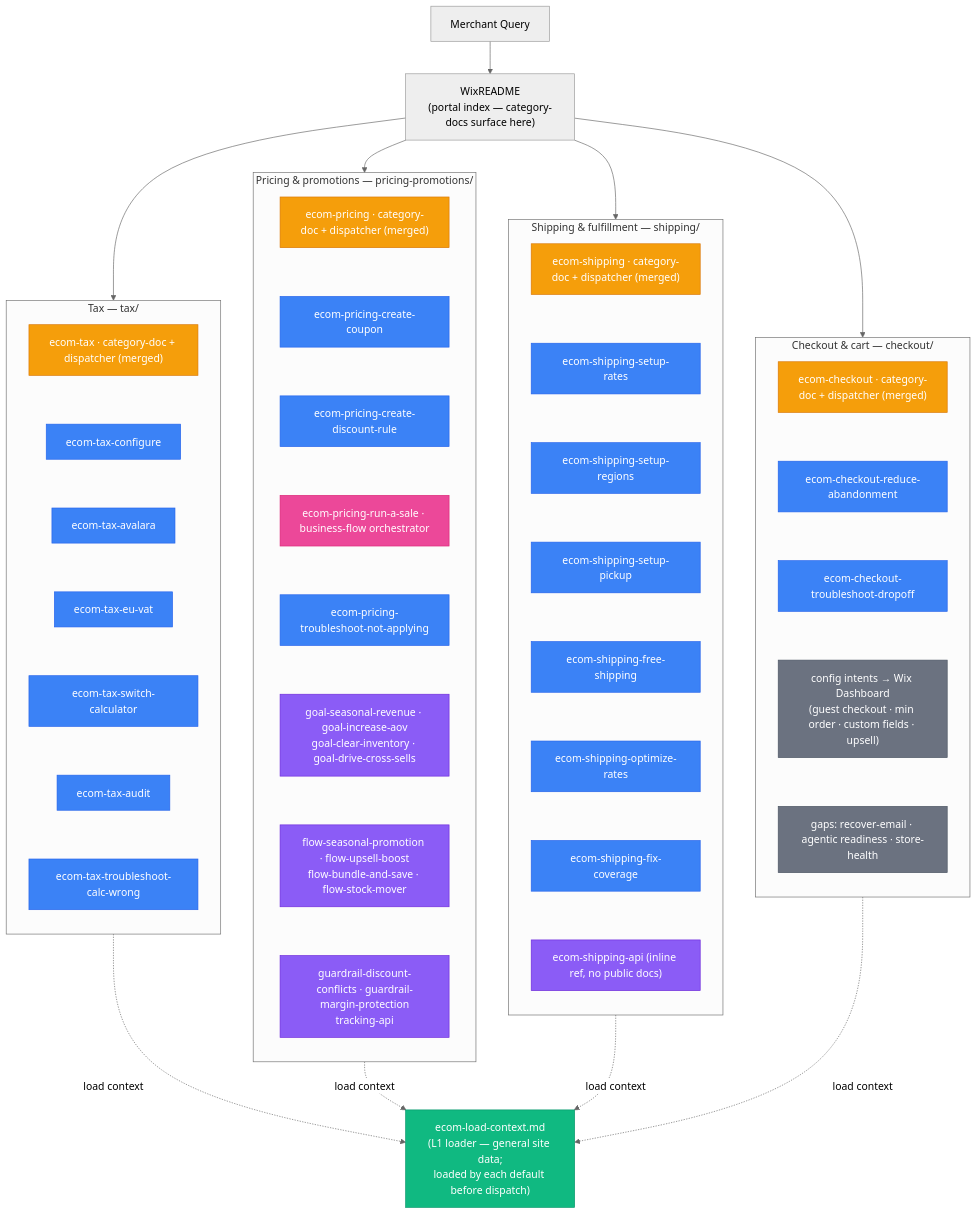
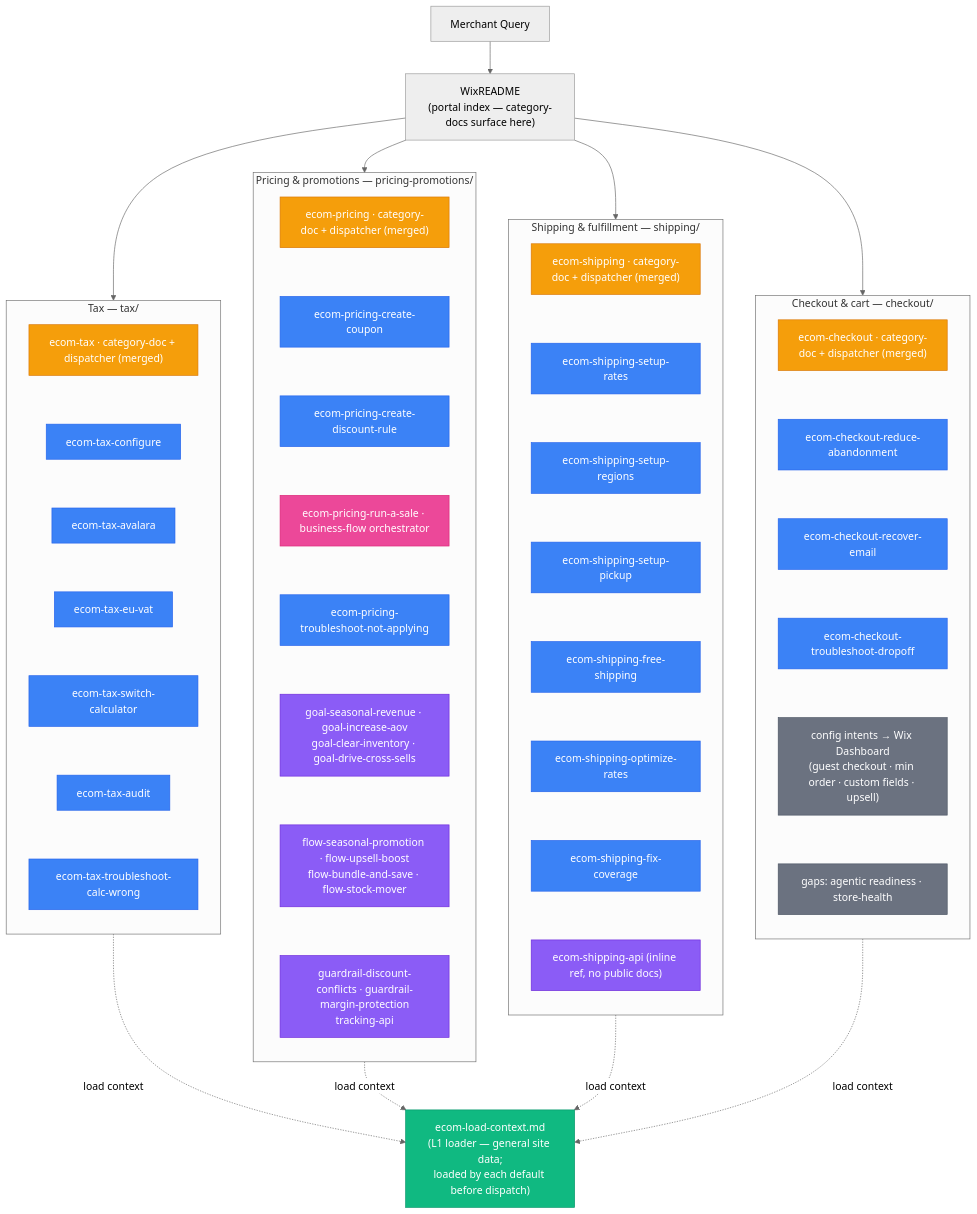
The diagram in skills/wix-manage/references/ecommerce/skill-graph.md (wix/skills), drawn with Mermaid (neutral theme) before and after one commit. The commit also changed other lines of this file and 4 other files, not shown here.

First line of the commit message:
feat(wix-manage): add checkout cart-recovery-email recipe

````diff
--- a/skills/wix-manage/references/ecommerce/skill-graph.md
+++ b/skills/wix-manage/references/ecommerce/skill-graph.md
@@ -8,81 +8,82 @@
 ```mermaid
 flowchart TB
     MR["Merchant Query"] --> README["WixREADME<br/>(portal index — category-docs surface here)"]
 
     README --> TAX
     README --> PRICE
     README --> SHIP
     README --> CHECKOUT
 
     LOADER["ecom-load-context.md<br/>(L1 loader — general site data;<br/>loaded by each default before dispatch)"]
     TAX -.-> |load context| LOADER
     PRICE -.-> |load context| LOADER
     SHIP -.-> |load context| LOADER
     CHECKOUT -.-> |load context| LOADER
 
     %% ---------- Tax L3 ----------
     subgraph TAX["Tax — tax/"]
         direction TB
         TAXDEF["ecom-tax · category-doc + dispatcher (merged)"]
         TC["ecom-tax-configure"]
         TA["ecom-tax-avalara"]
         TV["ecom-tax-eu-vat"]
         TS["ecom-tax-switch-calculator"]
         TU["ecom-tax-audit"]
         TT["ecom-tax-troubleshoot-calc-wrong"]
         TAXDEF ~~~ TC ~~~ TA ~~~ TV ~~~ TS ~~~ TU ~~~ TT
     end
 
     %% ---------- Pricing & promotions L3 ----------
     subgraph PRICE["Pricing & promotions — pricing-promotions/"]
         direction TB
         PRICEDEF["ecom-pricing · category-doc + dispatcher (merged)"]
         PC["ecom-pricing-create-coupon"]
         PD["ecom-pricing-create-discount-rule"]
         PR["ecom-pricing-run-a-sale · business-flow orchestrator"]
         PB["ecom-pricing-troubleshoot-not-applying"]
         PG["goal-seasonal-revenue · goal-increase-aov<br/>goal-clear-inventory · goal-drive-cross-sells"]
         PF["flow-seasonal-promotion · flow-upsell-boost<br/>flow-bundle-and-save · flow-stock-mover"]
         PV["guardrail-discount-conflicts · guardrail-margin-protection<br/>tracking-api"]
         PRICEDEF ~~~ PC ~~~ PD ~~~ PR ~~~ PB ~~~ PG ~~~ PF ~~~ PV
     end
 
     %% ---------- Shipping & fulfillment L3 (migrated) ----------
     subgraph SHIP["Shipping & fulfillment — shipping/"]
         direction TB
         SHIPDEF["ecom-shipping · category-doc + dispatcher (merged)"]
         SR["ecom-shipping-setup-rates"]
         SG["ecom-shipping-setup-regions"]
         SP["ecom-shipping-setup-pickup"]
         SF["ecom-shipping-free-shipping"]
         SO["ecom-shipping-optimize-rates"]
         SX["ecom-shipping-fix-coverage"]
         SS["ecom-shipping-api (inline ref, no public docs)"]
         SHIPDEF ~~~ SR ~~~ SG ~~~ SP ~~~ SF ~~~ SO ~~~ SX ~~~ SS
     end
 
     %% ---------- Checkout & cart L3 (migrated) ----------
     subgraph CHECKOUT["Checkout & cart — checkout/"]
         direction TB
         CHKDEF["ecom-checkout · category-doc + dispatcher (merged)"]
         CR["ecom-checkout-reduce-abandonment"]
+        CE["ecom-checkout-recover-email"]
         CT["ecom-checkout-troubleshoot-dropoff"]
         CD["config intents → Wix Dashboard<br/>(guest checkout · min order · custom fields · upsell)"]
-        CG["gaps: recover-email · agentic readiness · store-health"]
-        CHKDEF ~~~ CR ~~~ CT ~~~ CD ~~~ CG
+        CG["gaps: agentic readiness · store-health"]
+        CHKDEF ~~~ CR ~~~ CE ~~~ CT ~~~ CD ~~~ CG
     end
 
     classDef dispatcher fill:#f59e0b,stroke:#d97706,color:#fff
     classDef promotion fill:#3b82f6,stroke:#2563eb,color:#fff
     classDef orchestrator fill:#ec4899,stroke:#db2777,color:#fff
     classDef support fill:#8b5cf6,stroke:#6d28d9,color:#fff
     classDef loader fill:#10b981,stroke:#059669,color:#fff
     classDef legacy fill:#6b7280,stroke:#4b5563,color:#fff
 
     class TAXDEF,PRICEDEF,SHIPDEF,CHKDEF dispatcher
-    class TC,TA,TV,TS,TU,TT,PC,PD,PB,SR,SG,SP,SF,SO,SX,CR,CT promotion
+    class TC,TA,TV,TS,TU,TT,PC,PD,PB,SR,SG,SP,SF,SO,SX,CR,CE,CT promotion
     class PR orchestrator
     class PG,PF,PV,SS support
     class LOADER loader
     class CD,CG legacy
 ```
````
